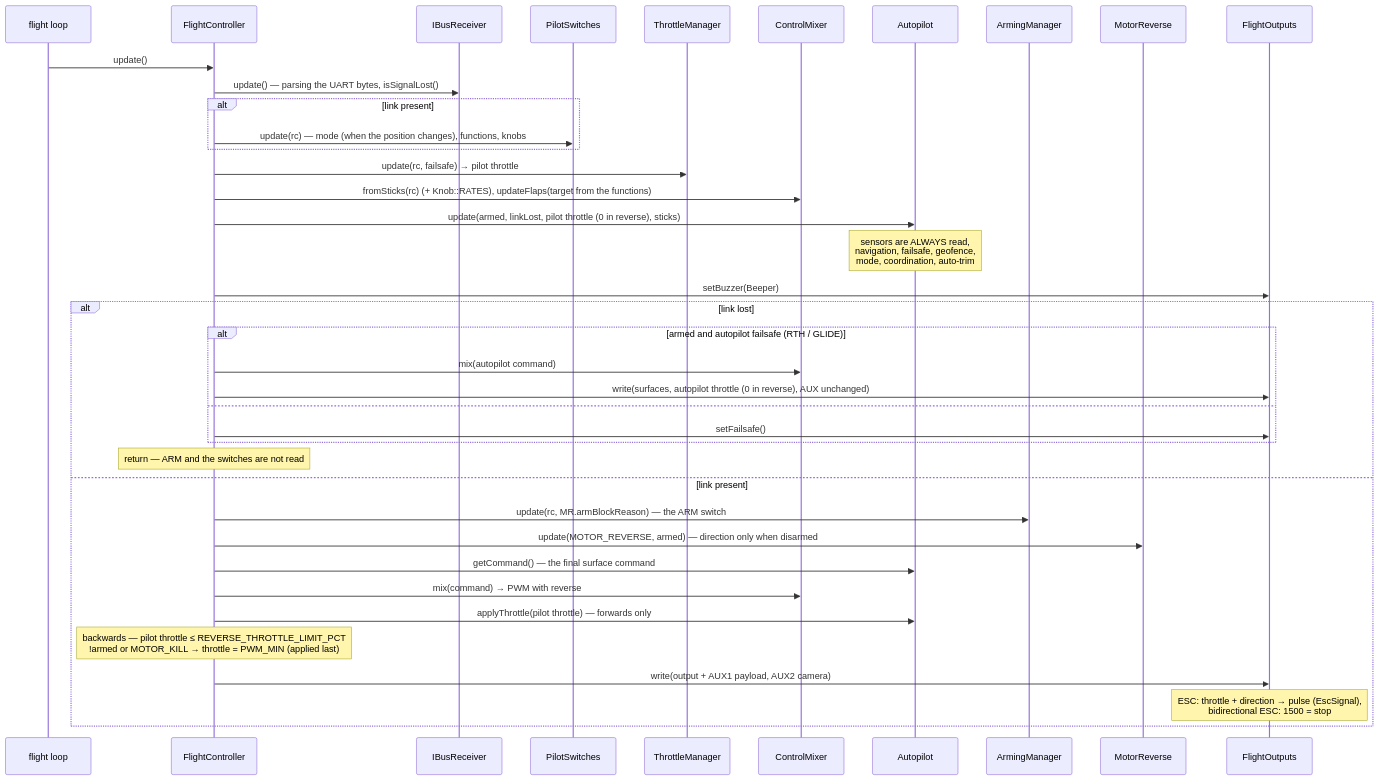
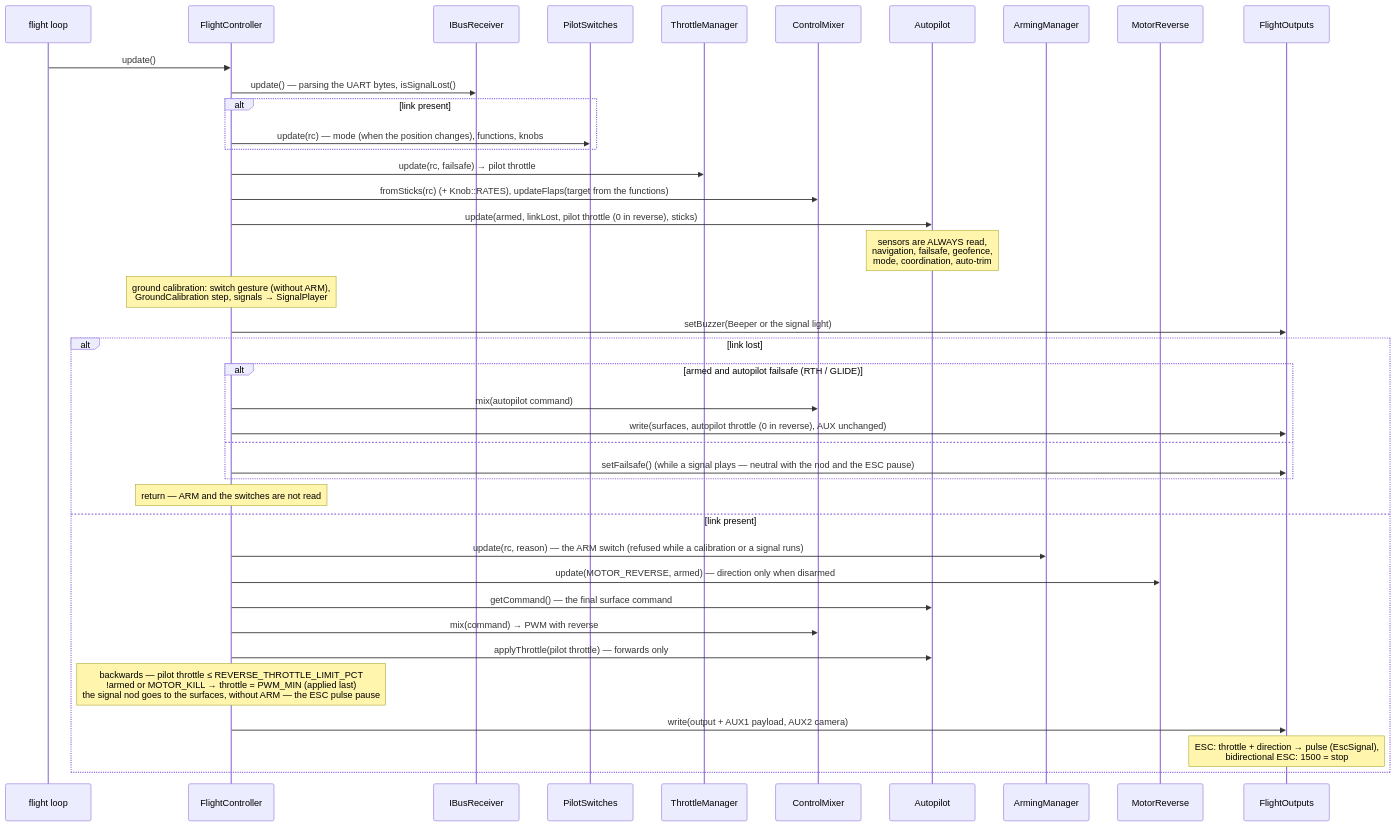
One commit to damir-lebedev/OpenPlaneProject changed the sixth of 12 diagrams in docs/i18n/en/ARCHITECTURE.md. Above: the diagram before and after it, drawn with Mermaid. The commit also changed other lines of this file and 215 other files, not shown here.

````diff
--- a/docs/i18n/en/ARCHITECTURE.md
+++ b/docs/i18n/en/ARCHITECTURE.md
@@ -401,42 +401,43 @@
 ```mermaid
 sequenceDiagram
     participant L as flight loop
     participant FC as FlightController
     participant RX as IBusReceiver
     participant SW as PilotSwitches
     participant TM as ThrottleManager
     participant MX as ControlMixer
     participant AP as Autopilot
     participant AM as ArmingManager
     participant MR as MotorReverse
     participant OUT as FlightOutputs
 
     L->>FC: update()
     FC->>RX: update() — parsing the UART bytes, isSignalLost()
     alt link present
         FC->>SW: update(rc) — mode (when the position changes), functions, knobs
     end
     FC->>TM: update(rc, failsafe) → pilot throttle
     FC->>MX: fromSticks(rc) (+ Knob::RATES), updateFlaps(target from the functions)
     FC->>AP: update(armed, linkLost, pilot throttle (0 in reverse), sticks)
     Note over AP: sensors are ALWAYS read,<br/>navigation, failsafe, geofence,<br/>mode, coordination, auto-trim
-    FC->>OUT: setBuzzer(Beeper)
+    Note over FC: ground calibration: switch gesture (without ARM),<br/>GroundCalibration step, signals → SignalPlayer
+    FC->>OUT: setBuzzer(Beeper or the signal light)
     alt link lost
         alt armed and autopilot failsafe (RTH / GLIDE)
             FC->>MX: mix(autopilot command)
             FC->>OUT: write(surfaces, autopilot throttle (0 in reverse), AUX unchanged)
         else
-            FC->>OUT: setFailsafe()
+            FC->>OUT: setFailsafe() (while a signal plays — neutral with the nod and the ESC pause)
         end
         Note over FC: return — ARM and the switches are not read
     else link present
-        FC->>AM: update(rc, MR.armBlockReason) — the ARM switch
+        FC->>AM: update(rc, reason) — the ARM switch (refused while a calibration or a signal runs)
         FC->>MR: update(MOTOR_REVERSE, armed) — direction only when disarmed
         FC->>AP: getCommand() — the final surface command
         FC->>MX: mix(command) → PWM with reverse
         FC->>AP: applyThrottle(pilot throttle) — forwards only
-        Note over FC: backwards — pilot throttle ≤ REVERSE_THROTTLE_LIMIT_PCT<br/>!armed or MOTOR_KILL → throttle = PWM_MIN (applied last)
+        Note over FC: backwards — pilot throttle ≤ REVERSE_THROTTLE_LIMIT_PCT<br/>!armed or MOTOR_KILL → throttle = PWM_MIN (applied last)<br/>the signal nod goes to the surfaces, without ARM — the ESC pulse pause
         FC->>OUT: write(output + AUX1 payload, AUX2 camera)
         Note over OUT: ESC: throttle + direction → pulse (EscSignal),<br/>bidirectional ESC: 1500 = stop
     end
 ```
````
